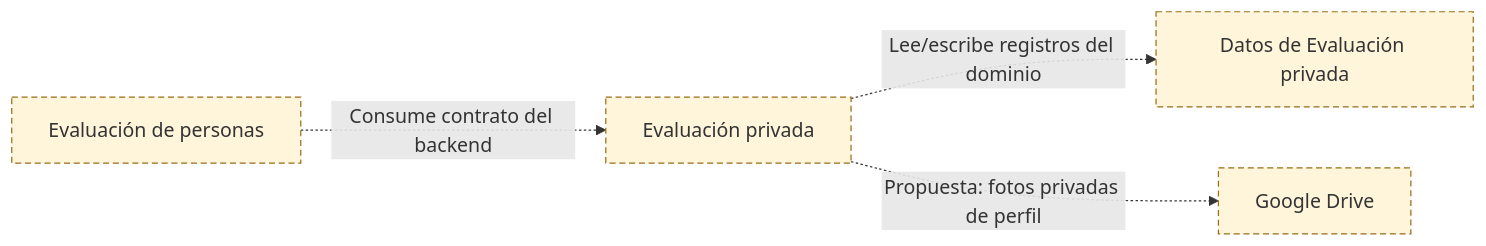
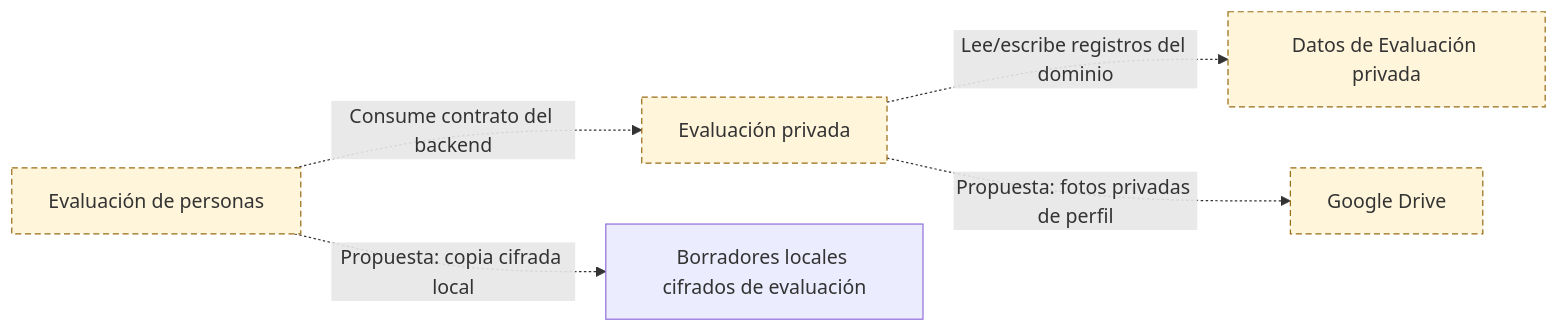
Before and after one commit to yodesarrollomx/yod-portal: the seventh of 9 diagrams in docs/arquitectura/mapas.md, drawn with Mermaid. The commit also changed other lines of this file and 7 other files, not shown here.

Commit message:
docs: proponer recuperación explícita de borradores EMD cifrados

````diff
--- a/docs/arquitectura/mapas.md
+++ b/docs/arquitectura/mapas.md
@@ -289,15 +289,17 @@
 ```mermaid
 flowchart LR
   n_SYS_EMD["Evaluación de personas"]
   n_GAS_EMD["Evaluación privada"]
   n_SHEET_EMD["Datos de Evaluación privada"]
   n_EXT_DRIVE["Google Drive"]
+  n_STORE_EMD_DRAFTS["Borradores locales cifrados de evaluación"]
   n_GAS_EMD -.->|Lee/escribe registros del dominio| n_SHEET_EMD
   n_SYS_EMD -.->|Consume contrato del backend| n_GAS_EMD
   n_GAS_EMD -.->|Propuesta: fotos privadas de perfil| n_EXT_DRIVE
+  n_SYS_EMD -.->|Propuesta: copia cifrada local| n_STORE_EMD_DRAFTS
   classDef pendiente fill:#fff5da,stroke:#996d16,stroke-dasharray:5 3;
   class n_SYS_EMD pendiente;
   class n_GAS_EMD pendiente;
   class n_SHEET_EMD pendiente;
   class n_EXT_DRIVE pendiente;
 ```
````
